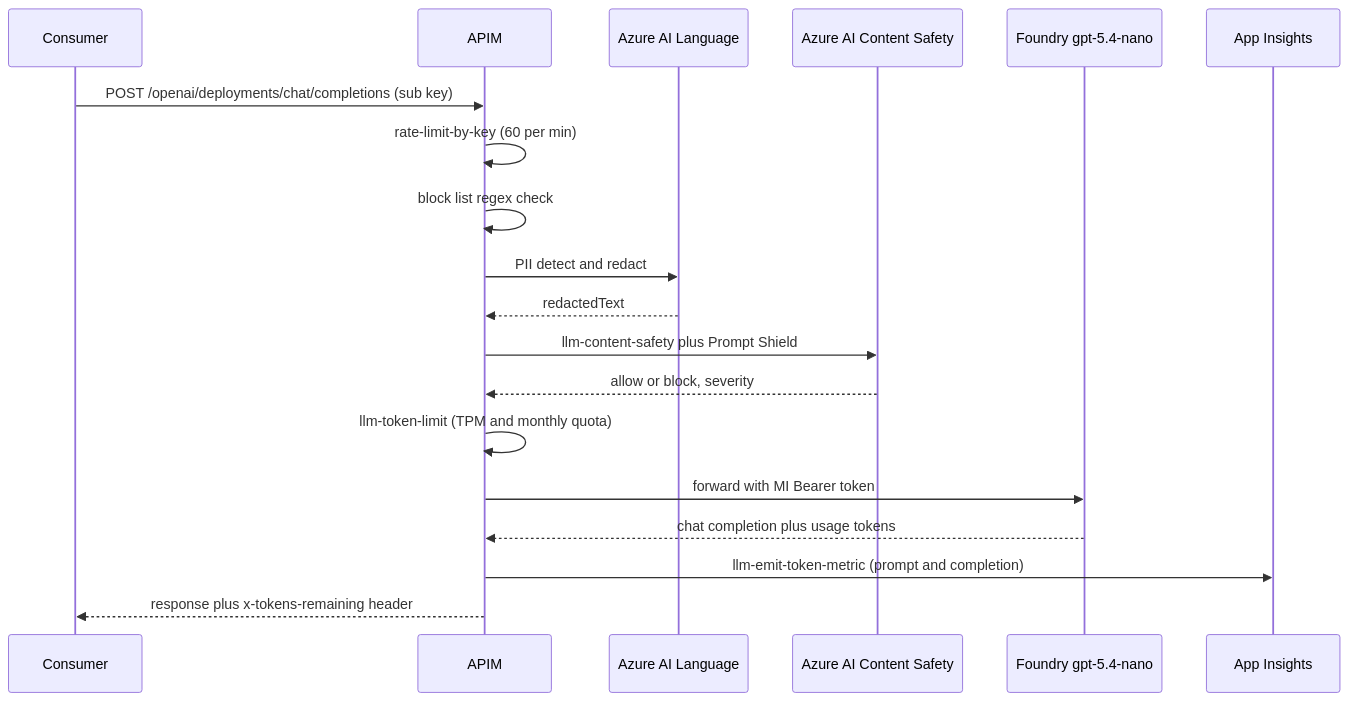
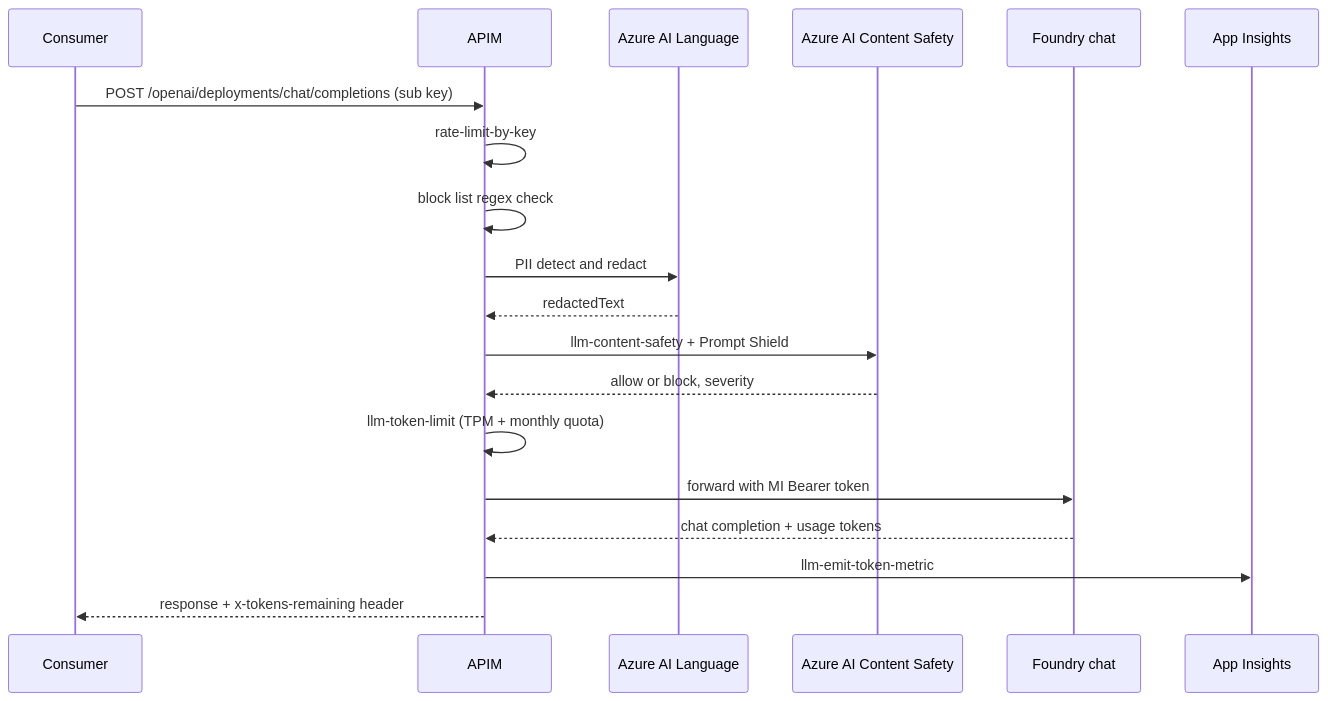
One commit to pxbtech/azure-ai-hub-lz changed the second of 2 diagrams in README.md. Above: the diagram before and after it, drawn with Mermaid. The commit also changed other lines of this file and 57 other files, not shown here.

````diff
--- a/README.md
+++ b/README.md
@@ -150,22 +167,22 @@
 ```mermaid
 sequenceDiagram
     participant C as Consumer
     participant A as APIM
     participant L as Azure AI Language
     participant CS as Azure AI Content Safety
-    participant F as Foundry gpt-5.4-nano
+    participant F as Foundry chat
     participant AI as App Insights
 
     C->>A: POST /openai/deployments/chat/completions (sub key)
-    A->>A: rate-limit-by-key (60 per min)
+    A->>A: rate-limit-by-key
     A->>A: block list regex check
     A->>L: PII detect and redact
     L-->>A: redactedText
-    A->>CS: llm-content-safety plus Prompt Shield
+    A->>CS: llm-content-safety + Prompt Shield
     CS-->>A: allow or block, severity
-    A->>A: llm-token-limit (TPM and monthly quota)
+    A->>A: llm-token-limit (TPM + monthly quota)
     A->>F: forward with MI Bearer token
-    F-->>A: chat completion plus usage tokens
-    A->>AI: llm-emit-token-metric (prompt and completion)
-    A-->>C: response plus x-tokens-remaining header
+    F-->>A: chat completion + usage tokens
+    A->>AI: llm-emit-token-metric
+    A-->>C: response + x-tokens-remaining header
 ```
````
